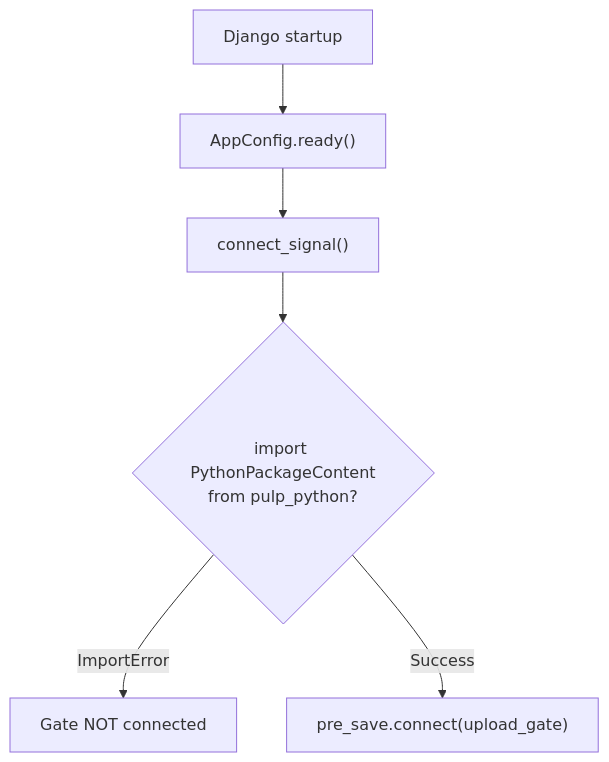
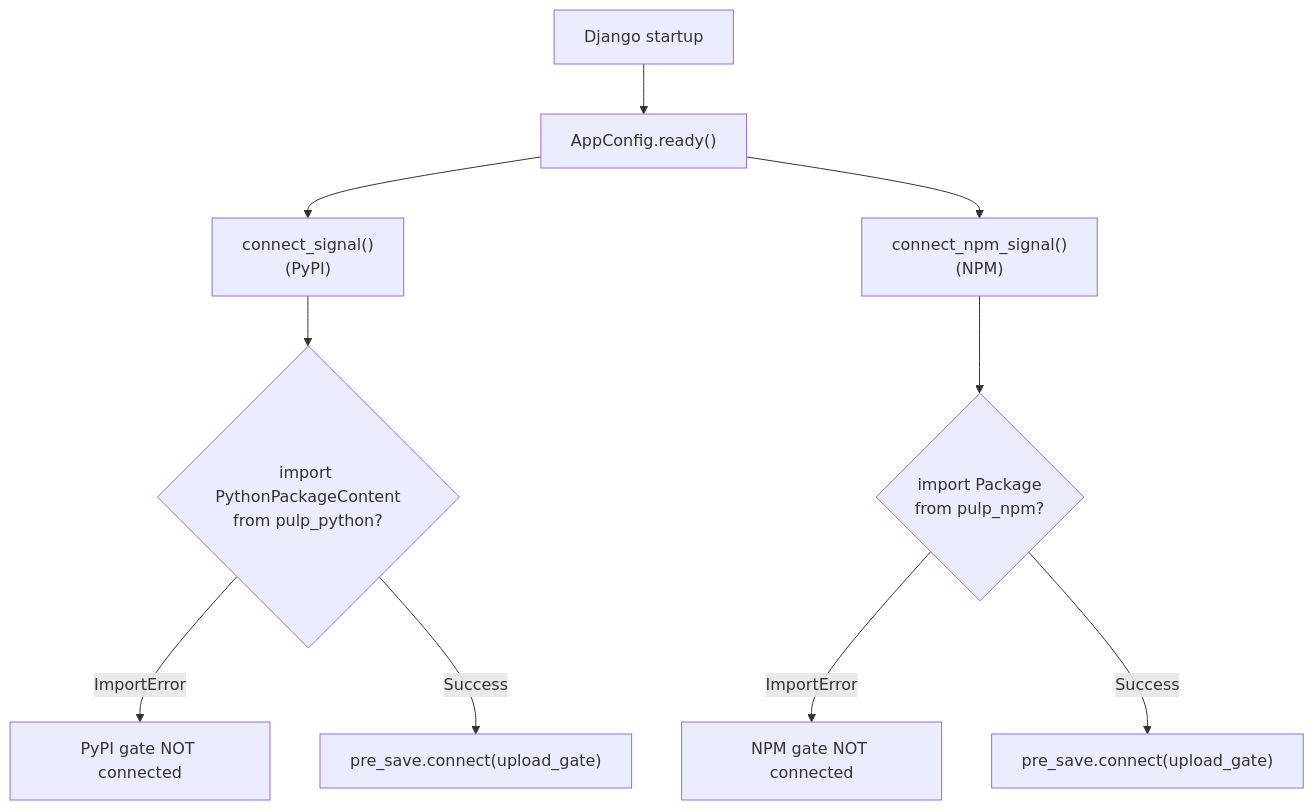
Before and after one commit to otaviof/pulp_trustify: the second of 2 diagrams in docs/upload-gate.md, drawn with Mermaid. The commit also changed other lines of this file and 25 other files, not shown here.

````diff
--- a/docs/upload-gate.md
+++ b/docs/upload-gate.md
@@ -25,8 +25,12 @@
 ```mermaid
 flowchart TD
     A["Django startup"] --> B["AppConfig.ready()"]
-    B --> C["connect_signal()"]
-    C --> D{"import PythonPackageContent<br/>from pulp_python?"}
-    D -- ImportError --> E["Gate NOT connected"]
-    D -- Success --> F["pre_save.connect(upload_gate)"]
+    B --> C["connect_signal()<br/>(PyPI)"]
+    B --> D["connect_npm_signal()<br/>(NPM)"]
+    C --> E{"import PythonPackageContent<br/>from pulp_python?"}
+    D --> F{"import Package<br/>from pulp_npm?"}
+    E -- ImportError --> G["PyPI gate NOT connected"]
+    E -- Success --> H["pre_save.connect(upload_gate)"]
+    F -- ImportError --> I["NPM gate NOT connected"]
+    F -- Success --> J["pre_save.connect(upload_gate)"]
 ```
````
